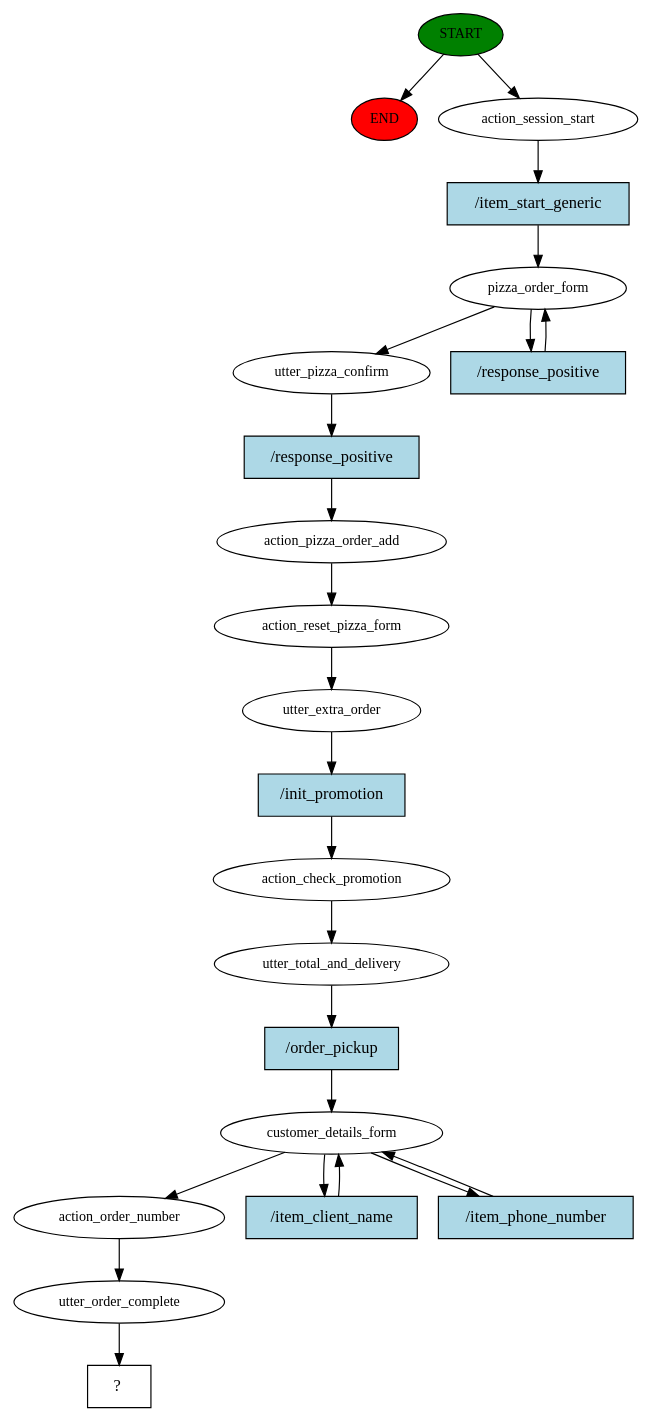
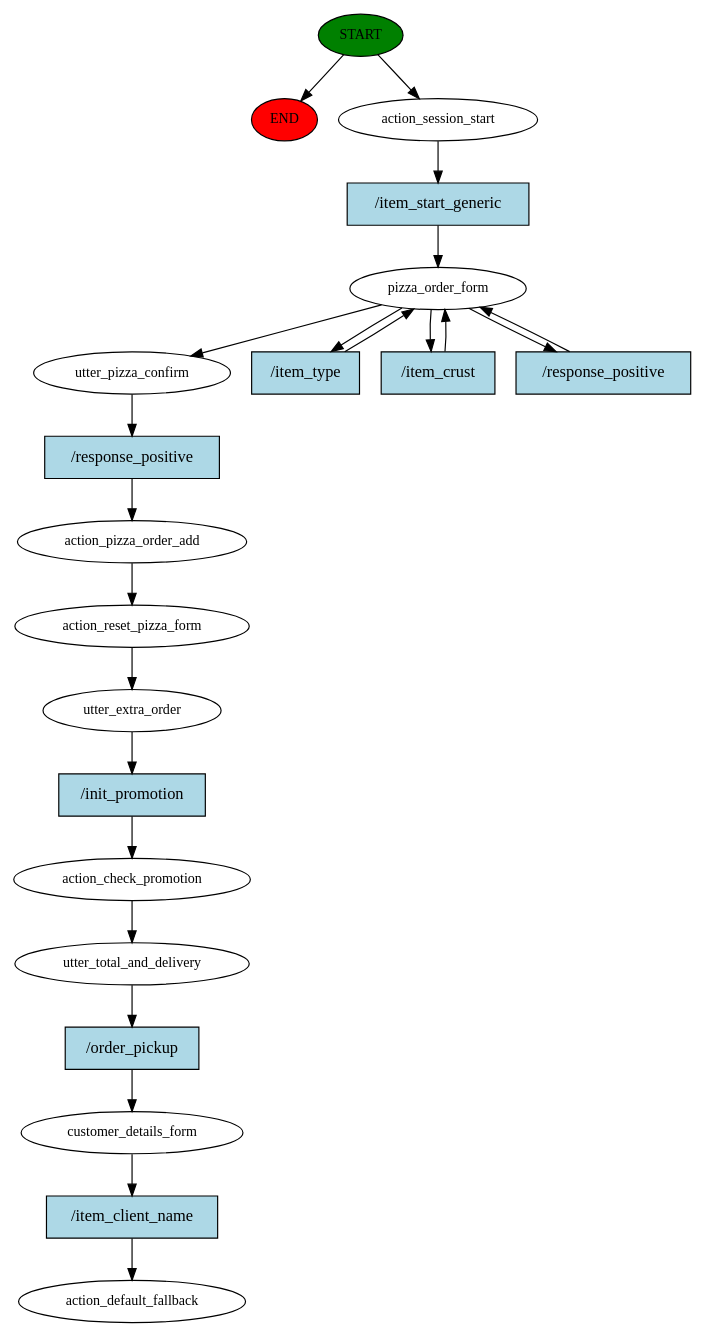
The diagram in story_graph.dot (pasterzewa/HMD-PizzaBot-project), drawn with Graphviz before and after one commit. The commit also changed 13 other files, not shown here.

```diff
--- a/story_graph.dot
+++ b/story_graph.dot
@@ -1,46 +1,44 @@
 digraph  {
 0 [class="start active", fillcolor=green, fontsize=12, label=START, style=filled];
 "-1" [class=end, fillcolor=red, fontsize=12, label=END, style=filled];
 1 [class=active, fontsize=12, label=action_session_start];
 2 [class=active, fontsize=12, label=pizza_order_form];
-4 [class=active, fontsize=12, label=utter_pizza_confirm];
-5 [class=active, fontsize=12, label=action_pizza_order_add];
-6 [class=active, fontsize=12, label=action_reset_pizza_form];
-7 [class=active, fontsize=12, label=utter_extra_order];
-8 [class=active, fontsize=12, label=action_check_promotion];
-9 [class=active, fontsize=12, label=utter_total_and_delivery];
-10 [class=active, fontsize=12, label=customer_details_form];
-13 [class=active, fontsize=12, label=action_order_number];
-14 [class=active, fontsize=12, label=utter_order_complete];
-15 [class="intent dashed active", label="  ?  ", shape=rect];
-16 [class="intent active", fillcolor=lightblue, label="/item_start_generic", shape=rect, style=filled];
+6 [class=active, fontsize=12, label=utter_pizza_confirm];
+7 [class=active, fontsize=12, label=action_pizza_order_add];
+8 [class=active, fontsize=12, label=action_reset_pizza_form];
+9 [class=active, fontsize=12, label=utter_extra_order];
+10 [class=active, fontsize=12, label=action_check_promotion];
+11 [class=active, fontsize=12, label=utter_total_and_delivery];
+12 [class=active, fontsize=12, label=customer_details_form];
+13 [class="dashed active", fontsize=12, label=action_default_fallback];
+14 [class="intent active", fillcolor=lightblue, label="/item_start_generic", shape=rect, style=filled];
+15 [class="intent active", fillcolor=lightblue, label="/item_type", shape=rect, style=filled];
+16 [class="intent active", fillcolor=lightblue, label="/item_crust", shape=rect, style=filled];
 17 [class="intent active", fillcolor=lightblue, label="/response_positive", shape=rect, style=filled];
 18 [class="intent active", fillcolor=lightblue, label="/response_positive", shape=rect, style=filled];
 19 [class="intent active", fillcolor=lightblue, label="/init_promotion", shape=rect, style=filled];
 20 [class="intent active", fillcolor=lightblue, label="/order_pickup", shape=rect, style=filled];
 21 [class="intent active", fillcolor=lightblue, label="/item_client_name", shape=rect, style=filled];
-22 [class="intent active", fillcolor=lightblue, label="/item_phone_number", shape=rect, style=filled];
 0 -> "-1"  [class="", key=NONE, label=""];
 0 -> 1  [class=active, key=NONE, label=""];
-1 -> 16  [class=active, key=0];
-2 -> 4  [class=active, key=NONE, label=""];
+1 -> 14  [class=active, key=0];
+2 -> 6  [class=active, key=NONE, label=""];
+2 -> 15  [class=active, key=0];
+2 -> 16  [class=active, key=0];
 2 -> 17  [class=active, key=0];
-4 -> 18  [class=active, key=0];
-5 -> 6  [class=active, key=NONE, label=""];
-6 -> 7  [class=active, key=NONE, label=""];
-7 -> 19  [class=active, key=0];
+6 -> 18  [class=active, key=0];
+7 -> 8  [class=active, key=NONE, label=""];
 8 -> 9  [class=active, key=NONE, label=""];
-9 -> 20  [class=active, key=0];
-10 -> 13  [class=active, key=NONE, label=""];
-10 -> 21  [class=active, key=0];
-10 -> 22  [class=active, key=0];
-13 -> 14  [class=active, key=NONE, label=""];
-14 -> 15  [class=active, key=NONE, label=""];
+9 -> 19  [class=active, key=0];
+10 -> 11  [class=active, key=NONE, label=""];
+11 -> 20  [class=active, key=0];
+12 -> 21  [class=active, key=0];
+14 -> 2  [class=active, key=0];
+15 -> 2  [class=active, key=0];
 16 -> 2  [class=active, key=0];
 17 -> 2  [class=active, key=0];
-18 -> 5  [class=active, key=0];
-19 -> 8  [class=active, key=0];
-20 -> 10  [class=active, key=0];
-21 -> 10  [class=active, key=0];
-22 -> 10  [class=active, key=0];
+18 -> 7  [class=active, key=0];
+19 -> 10  [class=active, key=0];
+20 -> 12  [class=active, key=0];
+21 -> 13  [class=active, key=0];
 }
```
